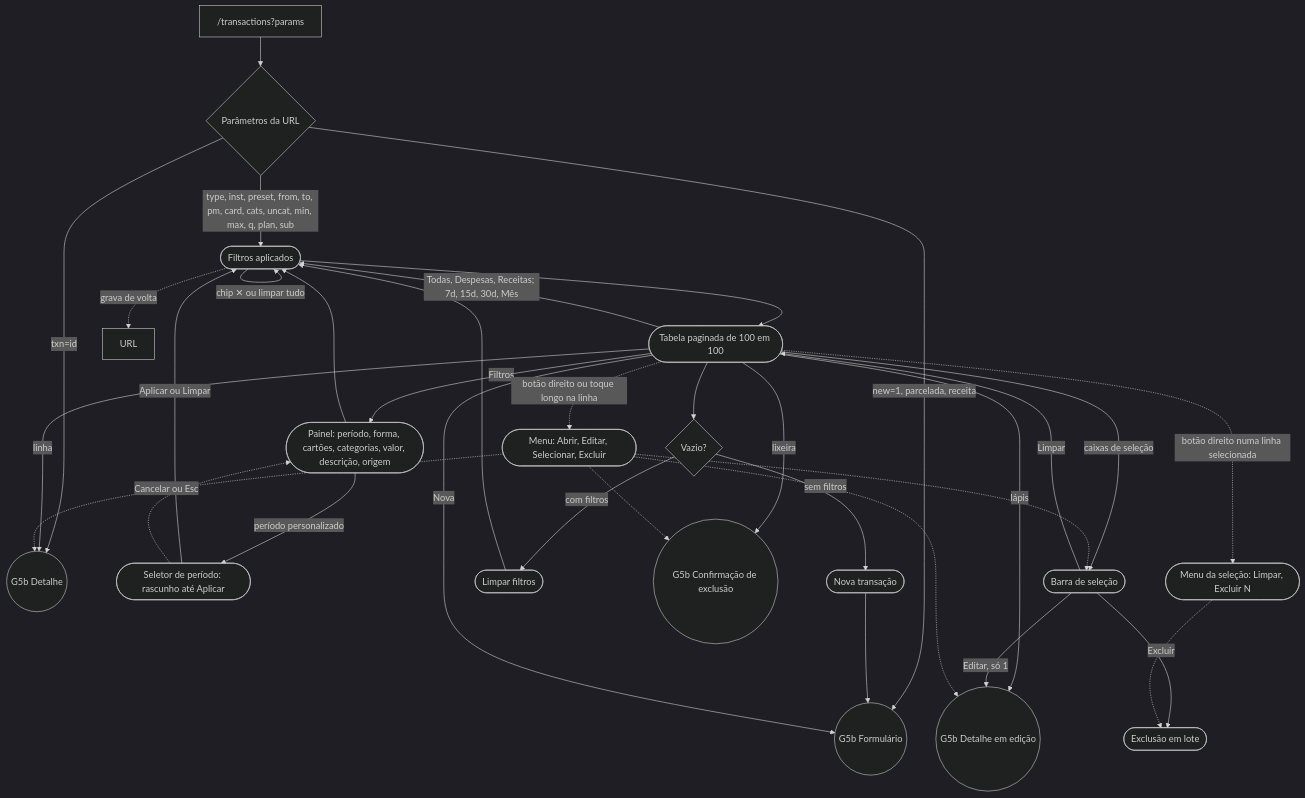
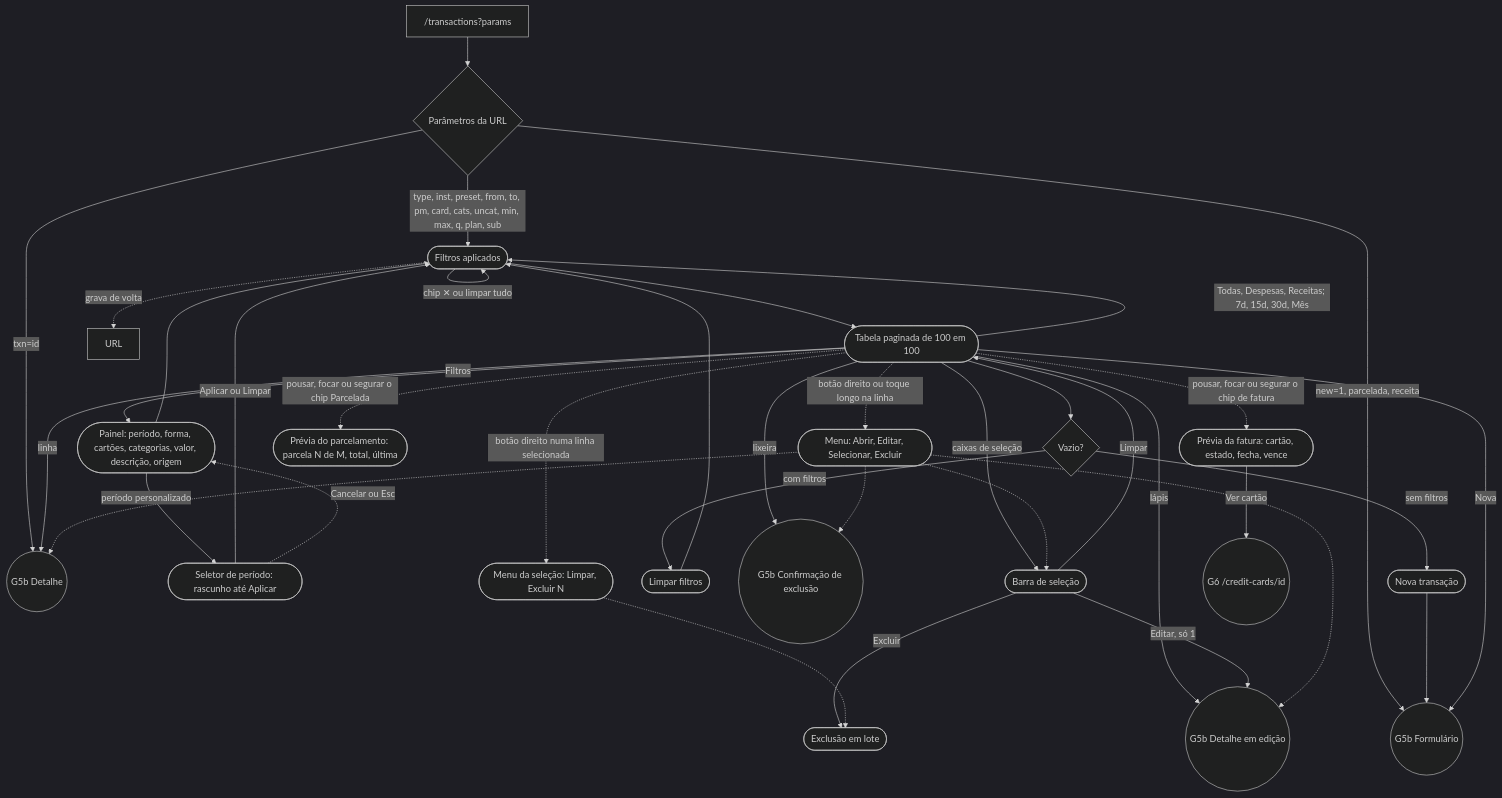
One commit to kauax2000/finance_app changed the eighth of 14 diagrams in docs/JORNADAS.md. Above: the diagram before and after it, drawn with Mermaid. The commit also changed other lines of this file and 9 other files, not shown here.

Commit message:
feat(hover-card): avatar no cabeçalho, gatilho no texto, link de ver mais, carregando, grupo, toque longo, mola e as prévias de fatura e parcelamento na lista de lançamentos

````diff
--- a/docs/JORNADAS.md
+++ b/docs/JORNADAS.md
@@ -405,37 +405,40 @@
 ```mermaid
 %%{init: {"theme": "dark"}}%%
 flowchart TD
     entry["/transactions?params"] --> parse{"Parâmetros da URL"}
     parse -->|"type, inst, preset, from, to, pm, card, cats, uncat, min, max, q, plan, sub"| filters(["Filtros aplicados"])
     parse -->|"new=1, parcelada, receita"| form(("G5b Formulário"))
     parse -->|"txn=id"| detail(("G5b Detalhe"))
 
     filters --> list(["Tabela paginada de 100 em 100"])
     list -->|"Todas, Despesas, Receitas; 7d, 15d, 30d, Mês"| filters
     list -->|"Filtros"| panel(["Painel: período, forma, cartões, categorias, valor, descrição, origem"]) --> filters
     panel -->|"período personalizado"| rangePick(["Seletor de período: rascunho até Aplicar"])
     rangePick -->|"Aplicar ou Limpar"| filters
     rangePick -.->|"Cancelar ou Esc"| panel
     filters -->|"chip ✕ ou limpar tudo"| filters
     filters -.->|"grava de volta"| url["URL"]
 
     list --> empty{"Vazio?"}
     empty -->|"sem filtros"| newTx(["Nova transação"]) --> form
     empty -->|"com filtros"| clear(["Limpar filtros"]) --> filters
 
     list -->|"Nova"| form
     list -->|"linha"| detail
     list -->|"lápis"| detailEdit(("G5b Detalhe em edição"))
     list -->|"lixeira"| delConfirm(("G5b Confirmação de exclusão"))
     list -->|"caixas de seleção"| selection(["Barra de seleção"])
     selection -->|"Editar, só 1"| detailEdit
     selection -->|"Excluir"| bulk(["Exclusão em lote"])
     selection -->|"Limpar"| list
     list -.->|"botão direito ou toque longo na linha"| rowMenu(["Menu: Abrir, Editar, Selecionar, Excluir"])
     rowMenu -.-> detail
     rowMenu -.-> detailEdit
     rowMenu -.-> selection
     rowMenu -.-> delConfirm
     list -.->|"botão direito numa linha selecionada"| selMenu(["Menu da seleção: Limpar, Excluir N"])
     selMenu -.-> bulk
+    list -.->|"pousar, focar ou segurar o chip de fatura"| invoicePeek(["Prévia da fatura: cartão, estado, fecha, vence"])
+    invoicePeek -->|"Ver cartão"| cardPage(("G6 /credit-cards/id"))
+    list -.->|"pousar, focar ou segurar o chip Parcelada"| planPeek(["Prévia do parcelamento: parcela N de M, total, última"])
 ```
````
